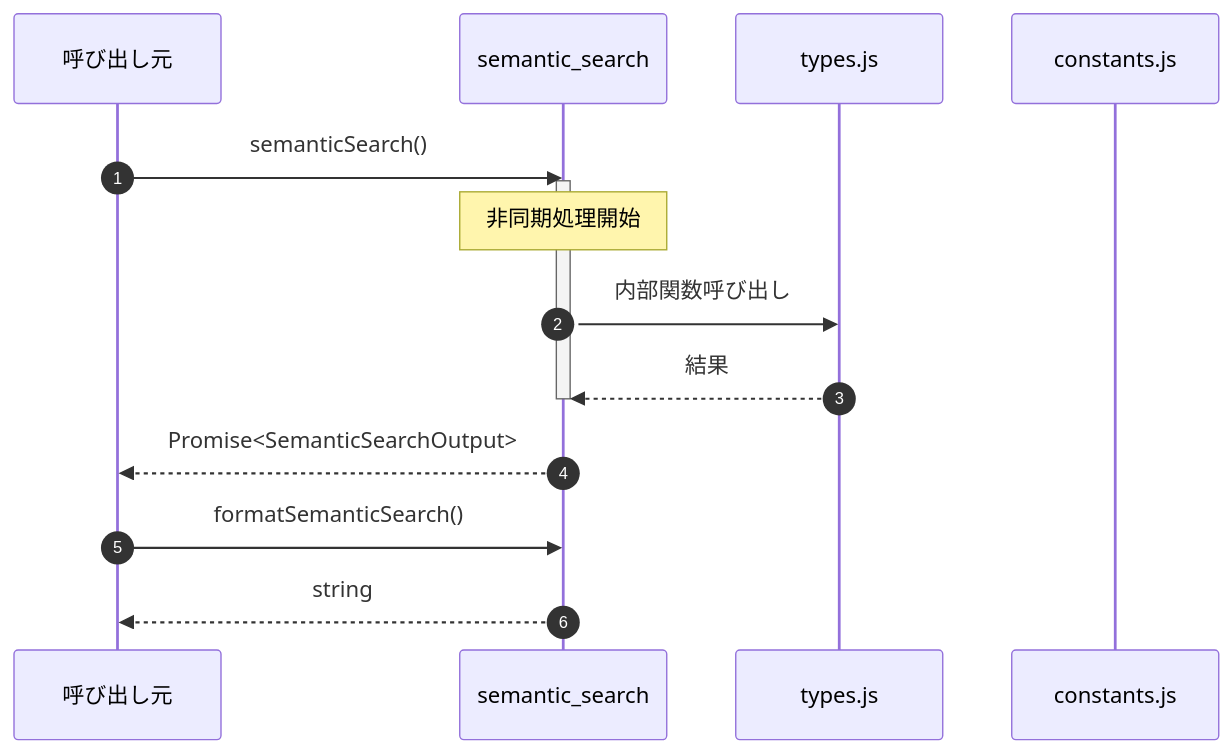
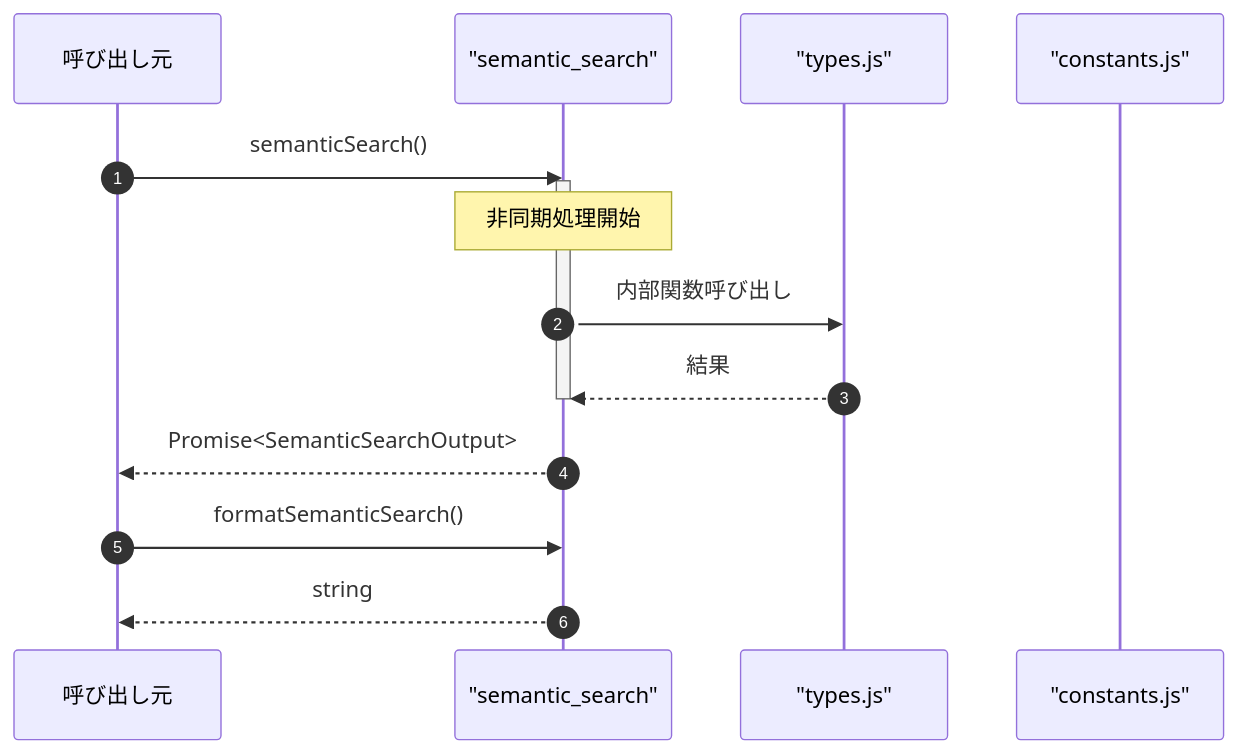
Before and after one commit to Mekann2904/mekann: the third of 3 diagrams in ABDD/.pi/extensions/search/tools/semantic_search.md, drawn with Mermaid. The commit also changed other lines of this file and 152 other files, not shown here.

First line of the commit message:
fix: Mermaid図のラベル内の特殊文字をエスケープする

````diff
--- a/ABDD/.pi/extensions/search/tools/semantic_search.md
+++ b/ABDD/.pi/extensions/search/tools/semantic_search.md
@@ -61,19 +61,19 @@
 ```mermaid
 sequenceDiagram
   autonumber
   participant Caller as 呼び出し元
-  participant semantic_search as semantic_search
-  participant types_js as types.js
-  participant constants_js as constants.js
+  participant semantic_search as "semantic_search"
+  participant types_js as "types.js"
+  participant constants_js as "constants.js"
 
   Caller->>semantic_search: semanticSearch()
   activate semantic_search
   Note over semantic_search: 非同期処理開始
   semantic_search->>types_js: 内部関数呼び出し
   types_js-->>semantic_search: 結果
   deactivate semantic_search
   semantic_search-->>Caller: Promise<SemanticSearchOutput>
 
   Caller->>semantic_search: formatSemanticSearch()
   semantic_search-->>Caller: string
 ```
````
